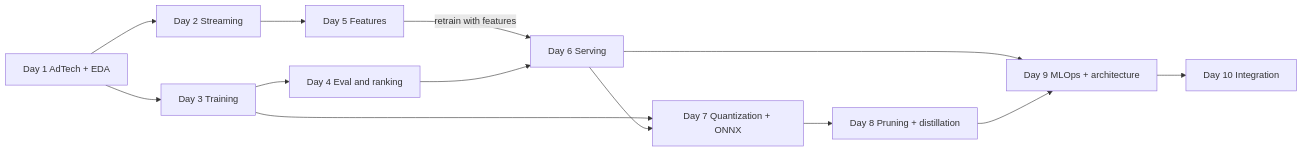
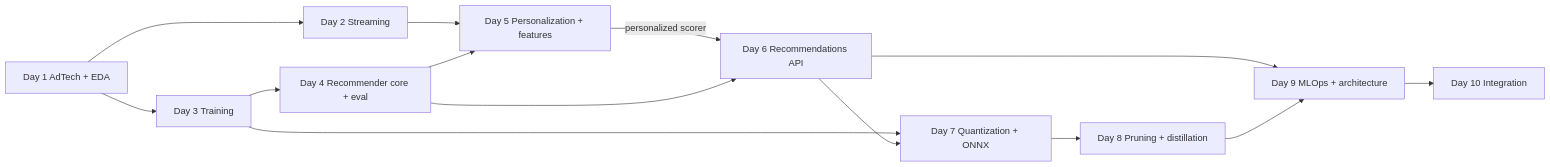
The diagram in docs/ROADMAP.md (karanveersingh5623/adtech-mlops), drawn with Mermaid before and after one commit. The commit also changed other lines of this file and 2 other files, not shown here.

````diff
--- a/docs/ROADMAP.md
+++ b/docs/ROADMAP.md
@@ -19,15 +21,16 @@
 ```mermaid
 flowchart LR
     D1[Day 1 AdTech + EDA] --> D2[Day 2 Streaming]
     D1 --> D3[Day 3 Training]
-    D3 --> D4[Day 4 Eval and ranking]
-    D2 --> D5[Day 5 Features]
-    D5 -- retrain with features --> D6[Day 6 Serving]
+    D3 --> D4[Day 4 Recommender core + eval]
+    D2 --> D5[Day 5 Personalization + features]
+    D4 --> D5
+    D5 -- personalized scorer --> D6[Day 6 Recommendations API]
     D4 --> D6
     D3 --> D7[Day 7 Quantization + ONNX]
     D6 --> D7
     D7 --> D8[Day 8 Pruning + distillation]
     D6 --> D9[Day 9 MLOps + architecture]
     D8 --> D9
     D9 --> D10[Day 10 Integration]
 ```
````
